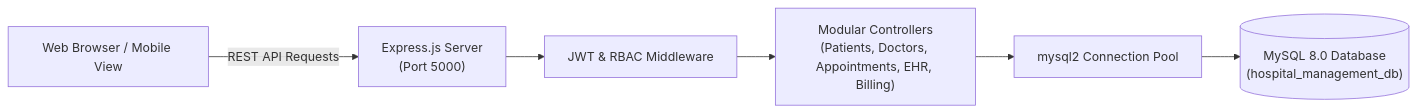
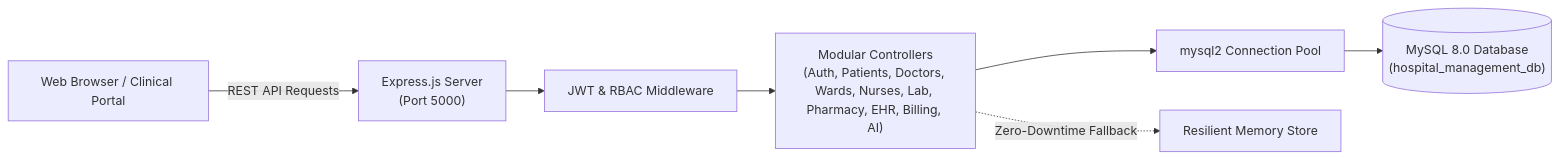
The diagram in README.md (saro053-prog/hospital-management-system), drawn with Mermaid before and after one commit. The commit also changed other lines of this file and 23 other files, not shown here.

Commit message:
feat: complete enterprise HMS upgrade with secure RBAC, bed matrix, lab, pharmacy, and clinical AI

````diff
--- a/README.md
+++ b/README.md
@@ -69,8 +77,9 @@
 ```mermaid
 graph LR
-    User["Web Browser / Mobile View"] -->|REST API Requests| Server["Express.js Server\n(Port 5000)"]
+    User["Web Browser / Clinical Portal"] -->|REST API Requests| Server["Express.js Server\n(Port 5000)"]
     Server --> Auth["JWT & RBAC Middleware"]
-    Auth --> Controllers["Modular Controllers\n(Patients, Doctors, Appointments, EHR, Billing)"]
+    Auth --> Controllers["Modular Controllers\n(Auth, Patients, Doctors, Wards, Nurses, Lab, Pharmacy, EHR, Billing, AI)"]
     Controllers --> Pool["mysql2 Connection Pool"]
     Pool --> DB[("MySQL 8.0 Database\n(hospital_management_db)")]
+    Controllers -.->|Zero-Downtime Fallback| Fallback["Resilient Memory Store"]
 ```
````
